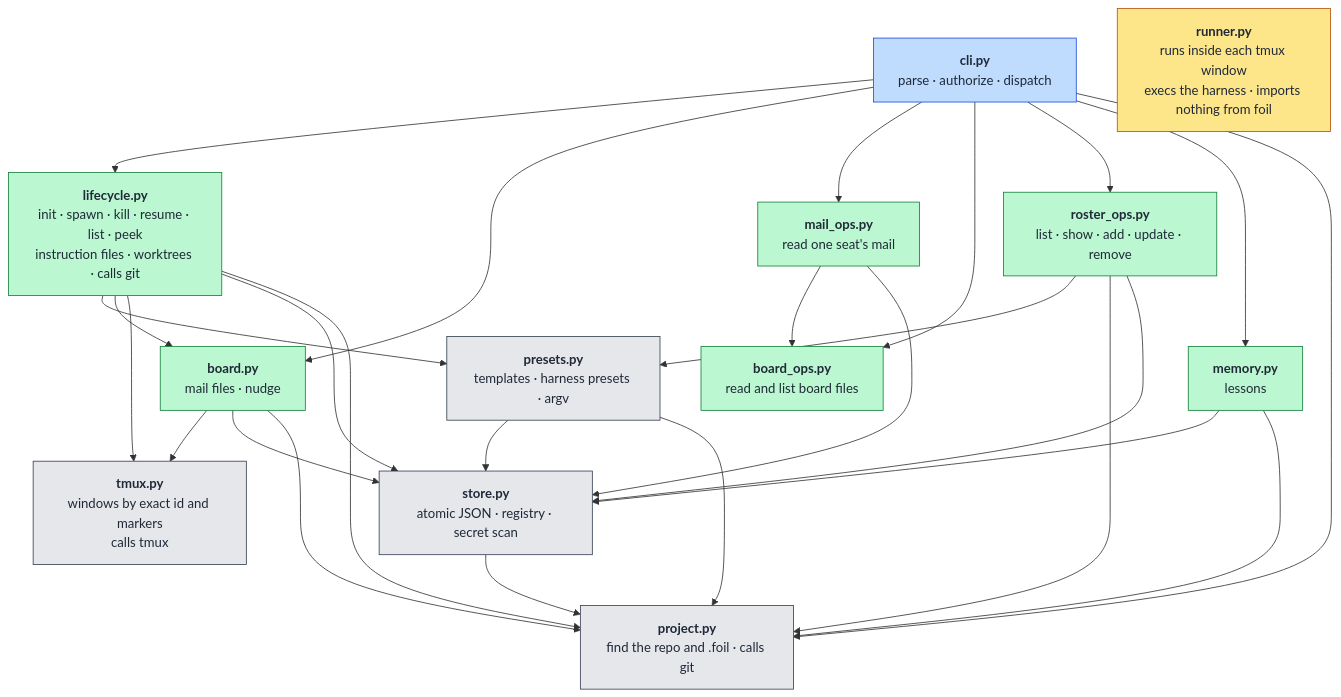
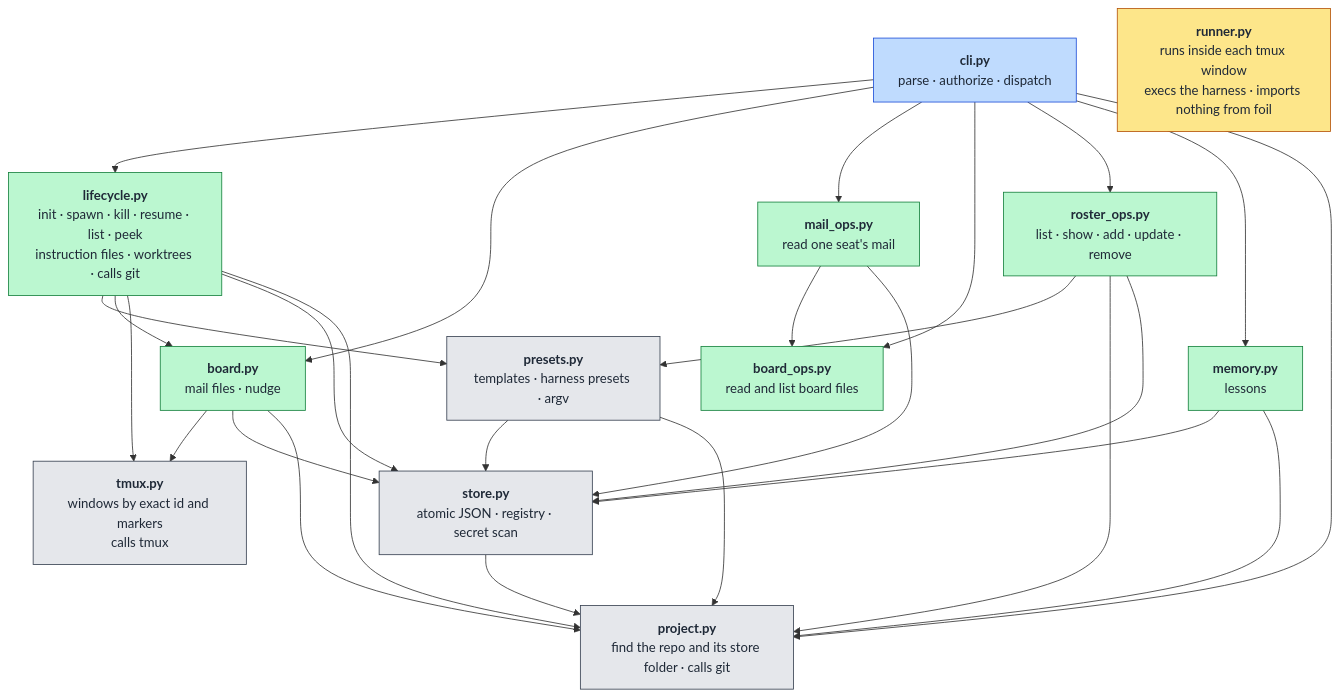
The first of 2 diagrams in docs/architecture.md (TiantianFlow/foil), drawn with Mermaid before and after one commit. The commit also changed other lines of this file and 12 other files, not shown here.

````diff
--- a/docs/architecture.md
+++ b/docs/architecture.md
@@ -30,54 +30,54 @@
 ```mermaid
 flowchart TB
   cli["<b>cli.py</b><br/>parse · authorize · dispatch"]
 
   lifecycle["<b>lifecycle.py</b><br/>init · spawn · kill · resume · list · peek<br/>instruction files · worktrees · calls git"]
   board["<b>board.py</b><br/>mail files · nudge"]
   mail_ops["<b>mail_ops.py</b><br/>read one seat's mail"]
   board_ops["<b>board_ops.py</b><br/>read and list board files"]
   roster_ops["<b>roster_ops.py</b><br/>list · show · add · update · remove"]
   memory["<b>memory.py</b><br/>lessons"]
 
   presets["<b>presets.py</b><br/>templates · harness presets · argv"]
   tmuxmod["<b>tmux.py</b><br/>windows by exact id and markers<br/>calls tmux"]
   store["<b>store.py</b><br/>atomic JSON · registry · secret scan"]
 
-  project["<b>project.py</b><br/>find the repo and .foil · calls git"]
+  project["<b>project.py</b><br/>find the repo and its store folder · calls git"]
 
   runner["<b>runner.py</b><br/>runs inside each tmux window<br/>execs the harness · imports nothing from foil"]
 
   cli --> lifecycle
   cli --> board
   cli --> mail_ops
   cli --> board_ops
   cli --> roster_ops
   cli --> memory
   cli --> project
   lifecycle --> presets
   lifecycle --> board
   lifecycle --> tmuxmod
   lifecycle --> store
   lifecycle --> project
   board --> tmuxmod
   board --> store
   board --> project
   mail_ops --> board_ops
   mail_ops --> store
   roster_ops --> presets
   roster_ops --> project
   roster_ops --> store
   memory --> store
   memory --> project
   presets --> store
   presets --> project
   store --> project
 
   classDef entry fill:#bfdbfe,stroke:#1d4ed8,color:#1f2937
   classDef core fill:#bbf7d0,stroke:#15803d,color:#1f2937
   classDef base fill:#e5e7eb,stroke:#374151,color:#1f2937
   classDef apart fill:#fde68a,stroke:#b45309,color:#1f2937
   class cli entry
   class lifecycle,board,mail_ops,board_ops,roster_ops,memory core
   class presets,tmuxmod,store,project base
   class runner apart
 ```
````
